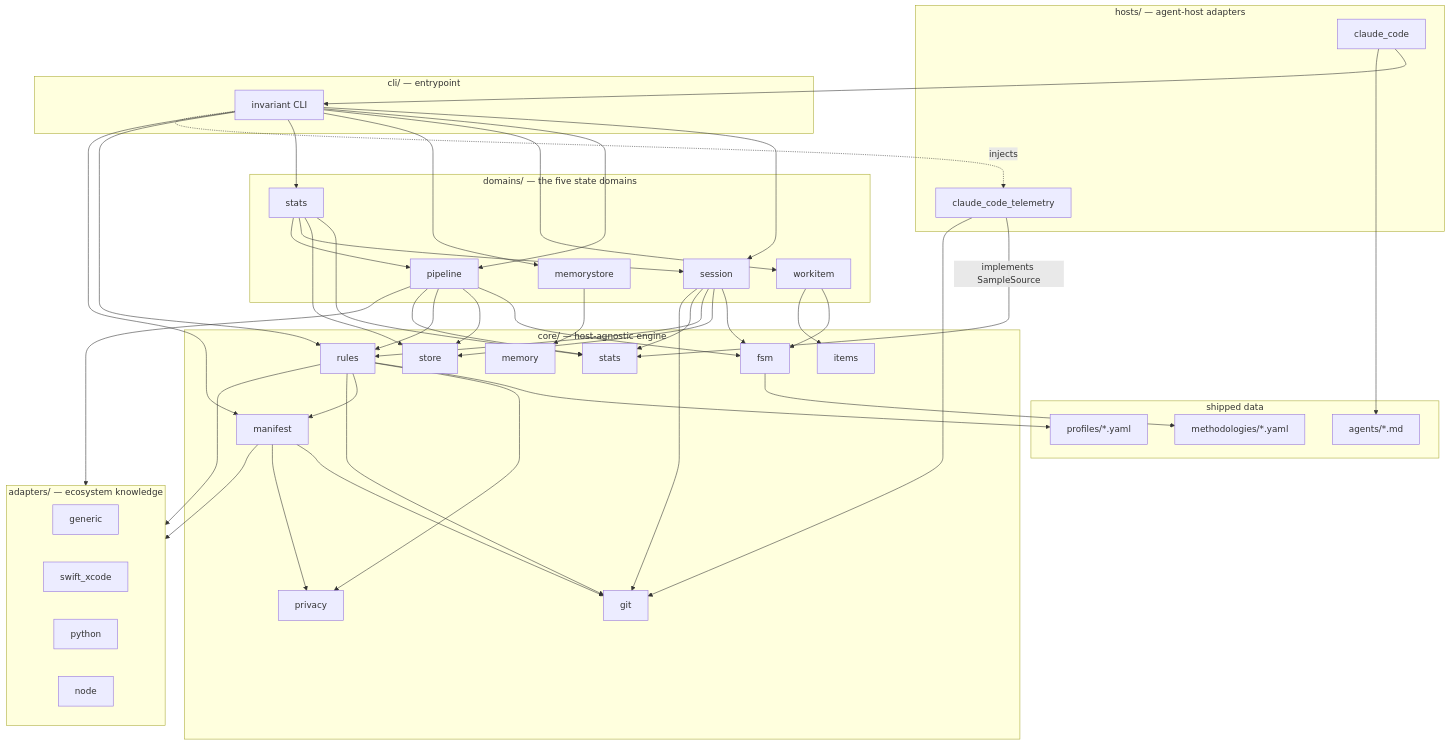
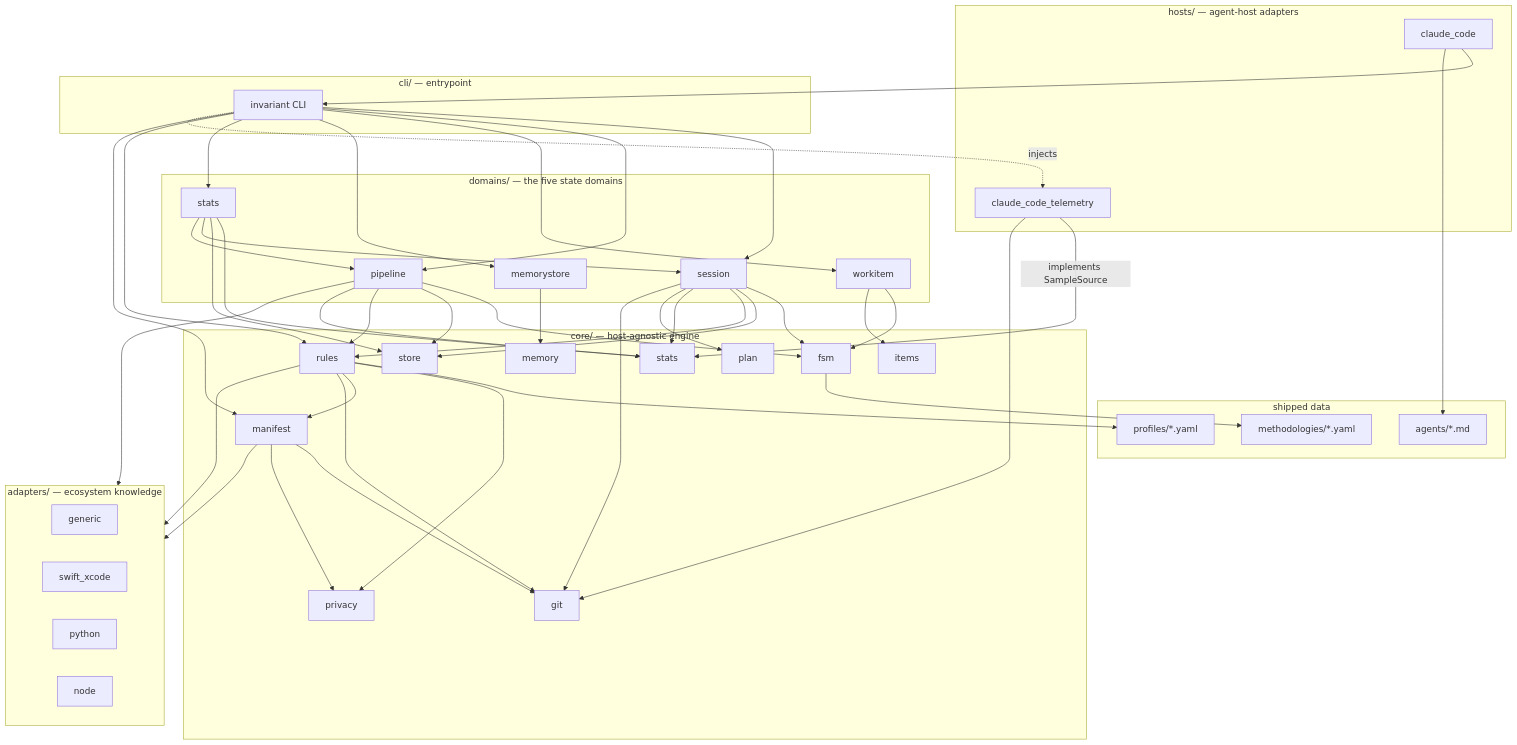
One commit to Mindchallenges/Invariant changed the first of 3 diagrams in docs/architecture/overview.md. Above: the diagram before and after it, drawn with Mermaid. The commit also changed other lines of this file and 12 other files, not shown here.

```diff
--- a/docs/architecture/overview.md
+++ b/docs/architecture/overview.md
@@ -30,6 +30,7 @@
         PRIVACY[privacy]
         STATS[stats]
         GIT[git]
+        PLAN[plan]
     end
 
     subgraph domains["domains/ — the five state domains"]
@@ -77,6 +78,7 @@
     STATSDOMAIN --> SESSION
     STATSDOMAIN --> PIPELINE
     SESSION --> STATS
+    SESSION --> PLAN
     PIPELINE --> STATS
     CCTEL -- implements SampleSource --> STATS
 
```
